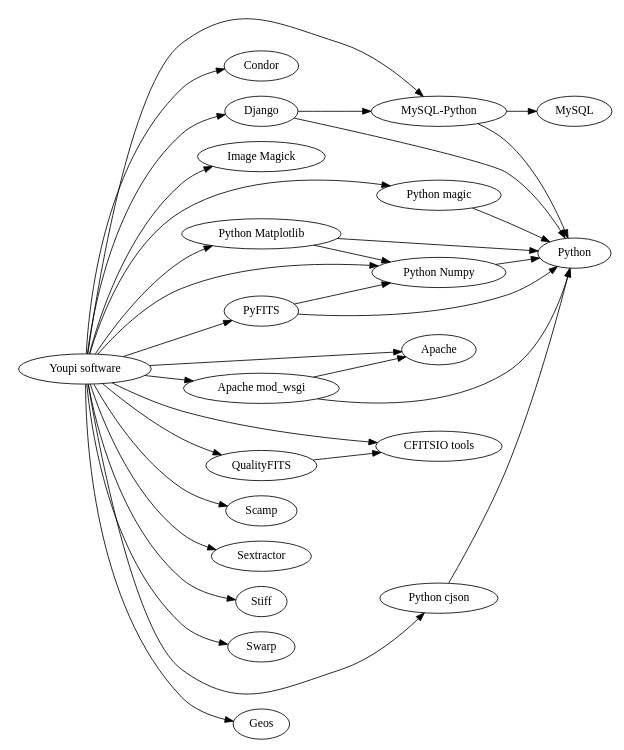
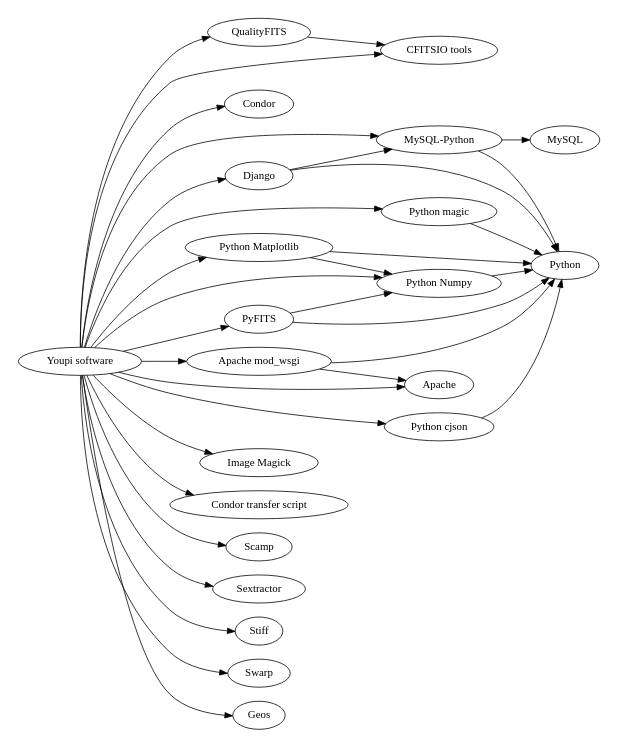
The diagram in doc/handbook/figures/dependencies_tree_standalone.dot (gotsunami/Youpi), drawn with Graphviz before and after one commit. The commit also changed 1 other file, not shown here.

Commit message:
Handbook: added information about condor_transfer.pl script

```diff
--- a/doc/handbook/figures/dependencies_tree_standalone.dot
+++ b/doc/handbook/figures/dependencies_tree_standalone.dot
@@ -1,62 +1,65 @@
 digraph G {
 	size="5,5";
 	rankdir = LR;
 
 	youpi [label="Youpi software"];
 	cfitsio	[label="CFITSIO tools"];
 	condor [label="Condor"];
 	django [label="Django"];
 	magic [label="Image Magick"];
 	modwsgi [label="Apache mod_wsgi"];
 	mysqlpython [label="MySQL-Python"];
 	pyfits [label="PyFITS"];
 	python [label="Python"];
 	pythoncjson	[label="Python cjson"];
 	pythonmagic	[label="Python magic"];
 	pythonmplib	[label="Python Matplotlib"];
 	pythonnumpy	[label="Python Numpy"];
 	apache [label="Apache"];
 	mysql [label="MySQL"];
+	mysql [label="MySQL"];
+	condortrpl [label="Condor transfer script"];
 
 	scamp [label="Scamp"];
 	sextractor [label="Sextractor"];
 	stiff [label="Stiff"];
 	swarp [label="Swarp"];
 	qfits [label="QualityFITS"];
 	geos [label="Geos"];
 
 	youpi -> apache;
 	youpi -> cfitsio;
 	youpi -> condor;
 	youpi -> django;
 	youpi -> magic;
 	youpi -> modwsgi;
 	youpi -> pyfits;
 	youpi -> pythoncjson;
 	youpi -> pythonmagic;
 	youpi -> pythonmplib;
 	youpi -> pythonnumpy;
 	youpi -> mysqlpython;
 	youpi -> geos;
+	youpi -> condortrpl;
 
 	youpi -> scamp;
 	youpi -> sextractor;
 	youpi -> stiff;
 	youpi -> swarp;
 	youpi -> qfits;
 
 	qfits -> cfitsio;
 	mysqlpython -> mysql;
 	django -> python;
 	django -> mysqlpython;
 	modwsgi -> apache;
 	modwsgi -> python;
 	pythonmagic -> python;
 	pythonmplib -> python;
 	pythoncjson -> python;
 	pythonnumpy -> python;
 	mysqlpython -> python;
 	pyfits -> python;
 	pyfits -> pythonnumpy;
 	pythonmplib -> pythonnumpy;
 }
```
